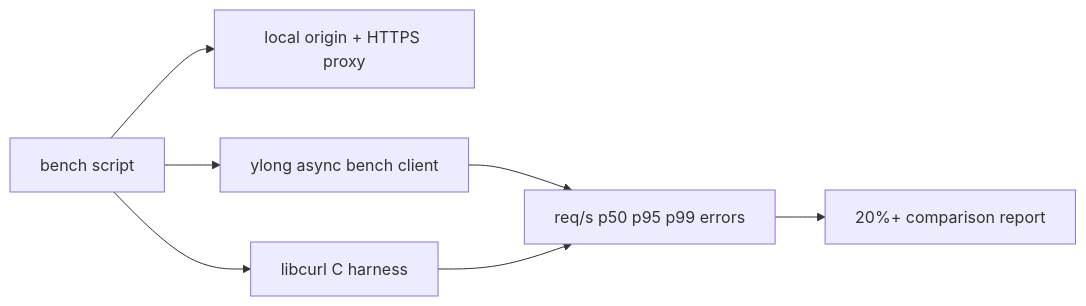
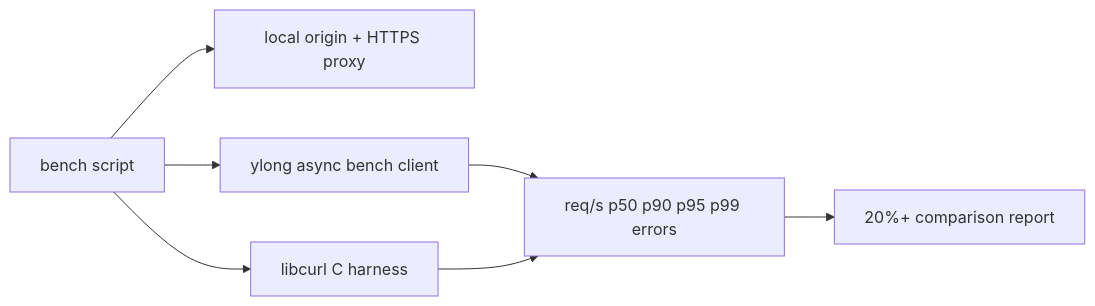
The fourth of 6 diagrams in docs/https_proxy_roadmap.md (Aster-amellus/commonlibrary_rust_ylong_http), drawn with Mermaid before and after one commit. The commit also changed other lines of this file and 2 other files, not shown here.

````diff
--- a/docs/https_proxy_roadmap.md
+++ b/docs/https_proxy_roadmap.md
@@ -56,9 +56,9 @@
 ```mermaid
 flowchart LR
     Harness[bench script] --> Fixture[local origin + HTTPS proxy]
     Harness --> Ylong[ylong async bench client]
     Harness --> Curl[libcurl C harness]
-    Ylong --> Metrics[req/s p50 p95 p99 errors]
+    Ylong --> Metrics[req/s p50 p90 p95 p99 errors]
     Curl --> Metrics
     Metrics --> Report[20%+ comparison report]
 ```
````
